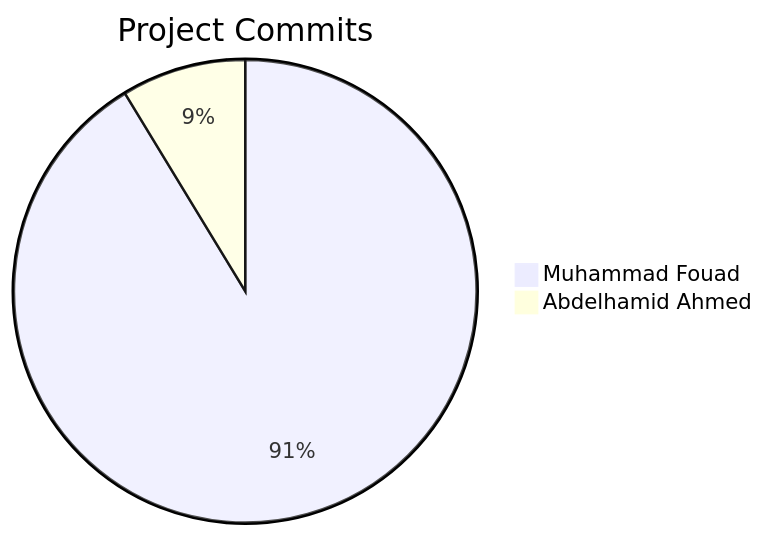
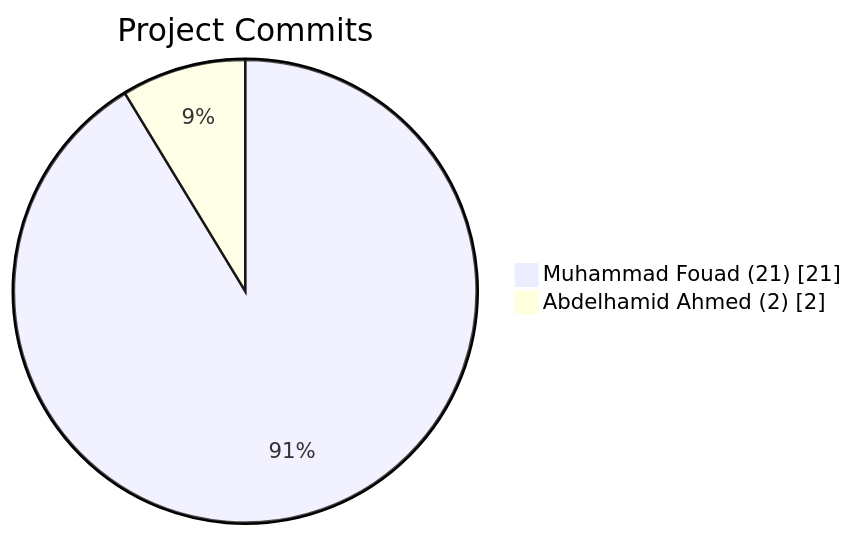
One commit to Abdelhamid-El-rashidy/Library_System changed the diagram in README.md. Above: the diagram before and after it, drawn with Mermaid.

Commit message:
Chore: Enhance README with quick navigation links, updated project statistics, and improved formatting.

````diff
--- a/README.md
+++ b/README.md
@@ -21,5 +21,6 @@
 ```mermaid
-pie title Project Commits
-    "Muhammad Fouad" : 21
-    "Abdelhamid Ahmed" : 2
+pie showData
+    title Project Commits
+    "Muhammad Fouad (21)" : 21
+    "Abdelhamid Ahmed (2)" : 2
 ```
````
